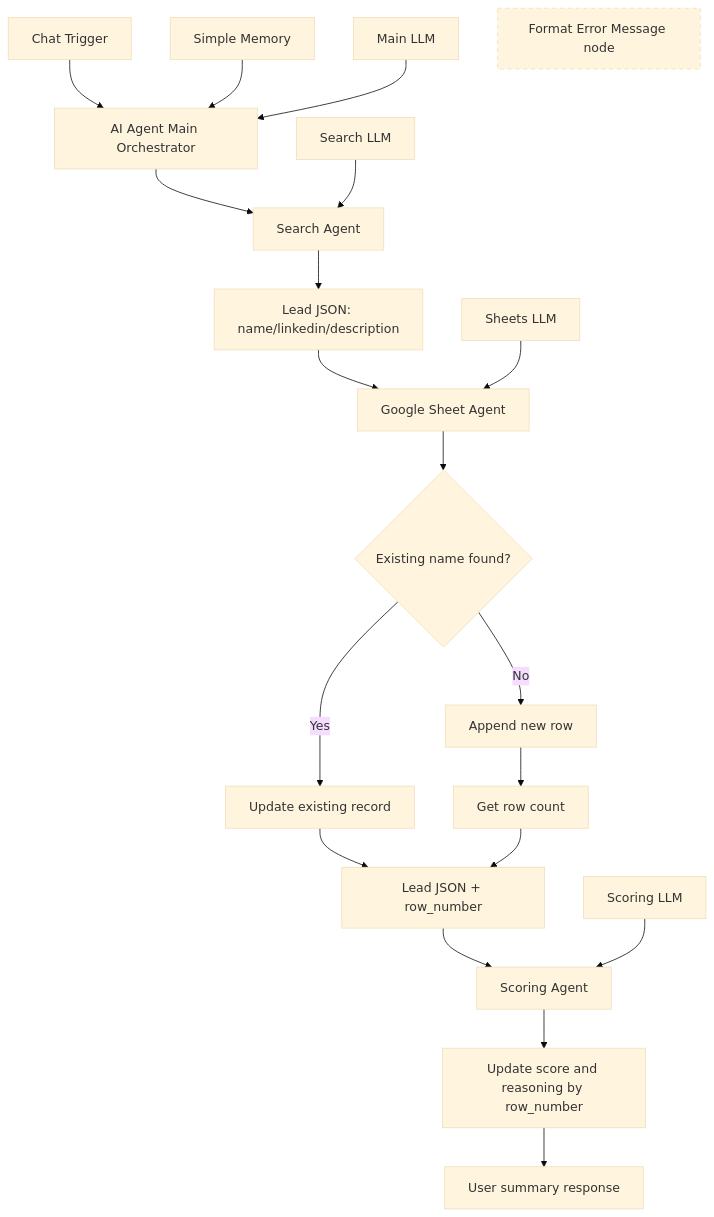
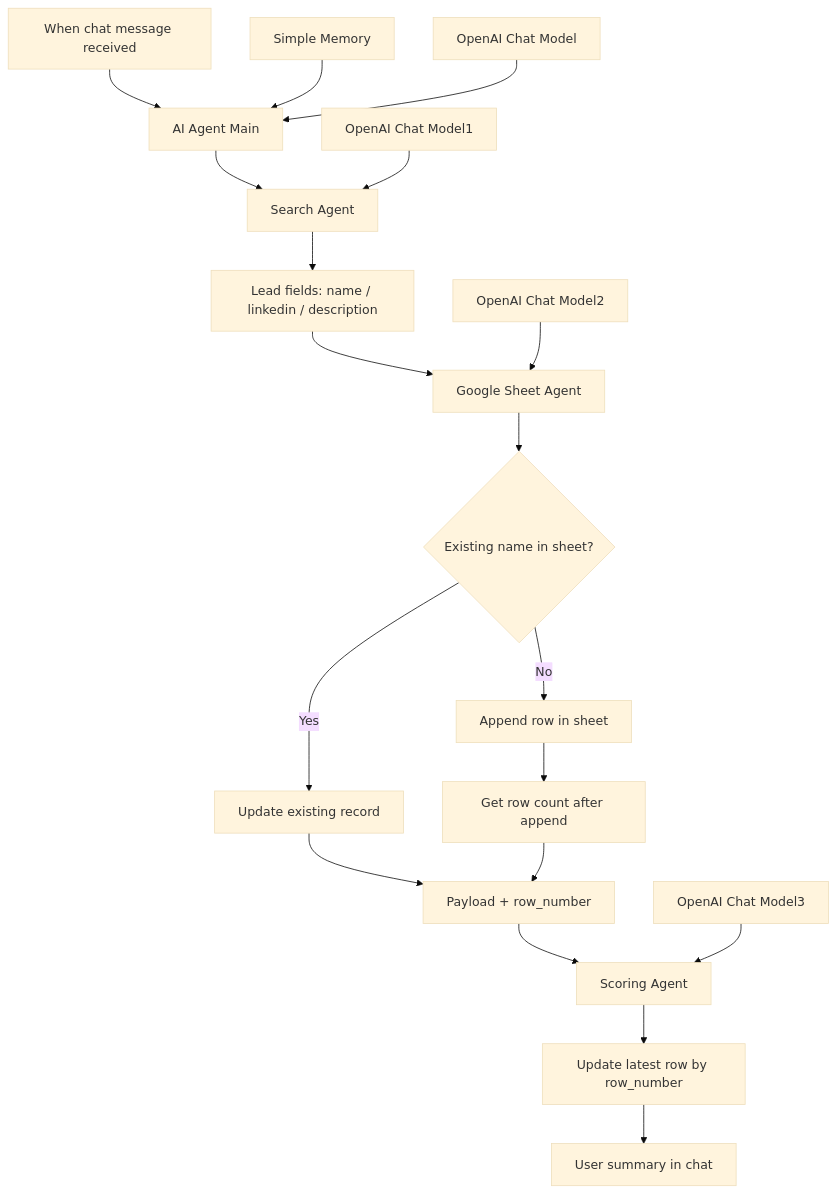
Before and after one commit to vaisakhsrinivas/n8n-workflows: the diagram in README.md, drawn with Mermaid (base theme). The commit also changed other lines of this file and 3 other files, not shown here.

Commit message:
revert the error handle node

````diff
--- a/README.md
+++ b/README.md
@@ -17,28 +15,24 @@
 ```mermaid
 flowchart TD
-    A[Chat Trigger] --> B[AI Agent Main Orchestrator]
+    A[When chat message received] --> B[AI Agent Main]
     M[Simple Memory] --> B
-    L1[Main LLM] --> B
+    L1[OpenAI Chat Model] --> B
 
     B --> C[Search Agent]
-    L2[Search LLM] --> C
-    C --> D[Lead JSON: name/linkedin/description]
+    L2[OpenAI Chat Model1] --> C
+    C --> D[Lead fields: name / linkedin / description]
 
     D --> E[Google Sheet Agent]
-    L3[Sheets LLM] --> E
-    E --> F{Existing name found?}
+    L3[OpenAI Chat Model2] --> E
+    E --> F{Existing name in sheet?}
     F -->|Yes| G[Update existing record]
-    F -->|No| H[Append new row]
-    H --> I[Get row count]
-    G --> J[Lead JSON + row_number]
+    F -->|No| H[Append row in sheet]
+    H --> I[Get row count after append]
+    G --> J[Payload + row_number]
     I --> J
 
     J --> K[Scoring Agent]
-    L4[Scoring LLM] --> K
-    K --> N[Update score and reasoning by row_number]
-    N --> O[User summary response]
-
-    P[Format Error Message node]:::optional
-
-    classDef optional stroke-dasharray: 5 5
+    L4[OpenAI Chat Model3] --> K
+    K --> N[Update latest row by row_number]
+    N --> O[User summary in chat]
 ```
````
